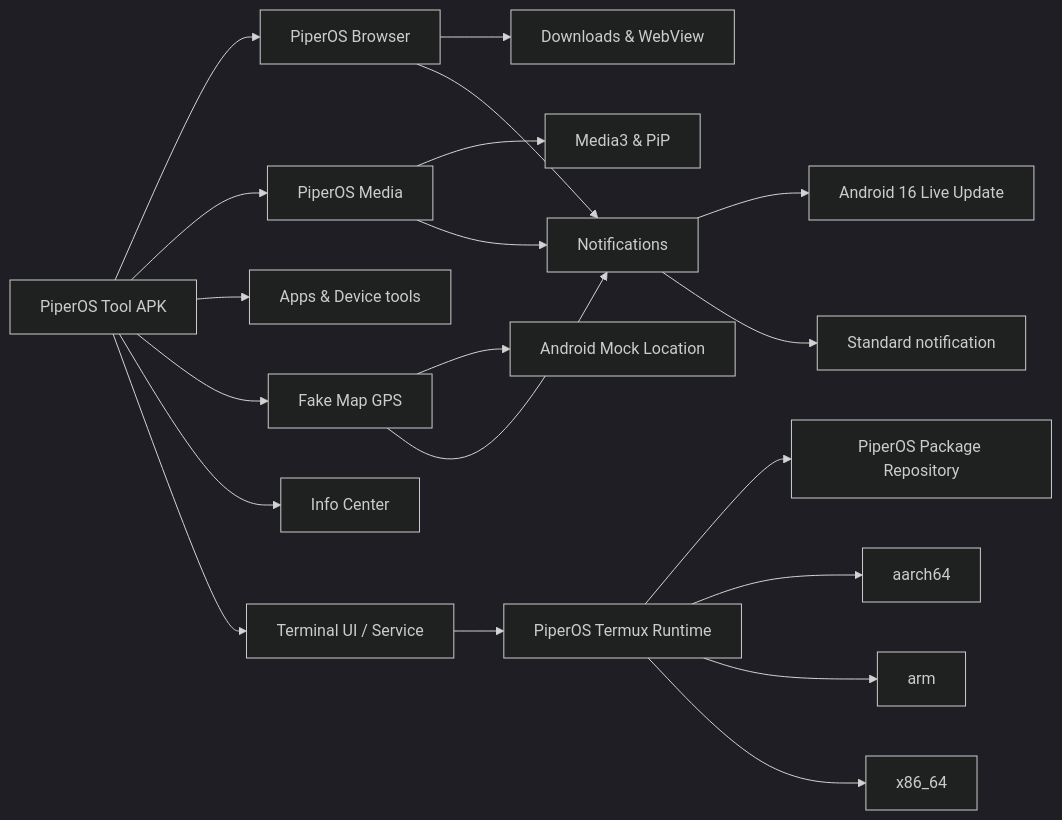
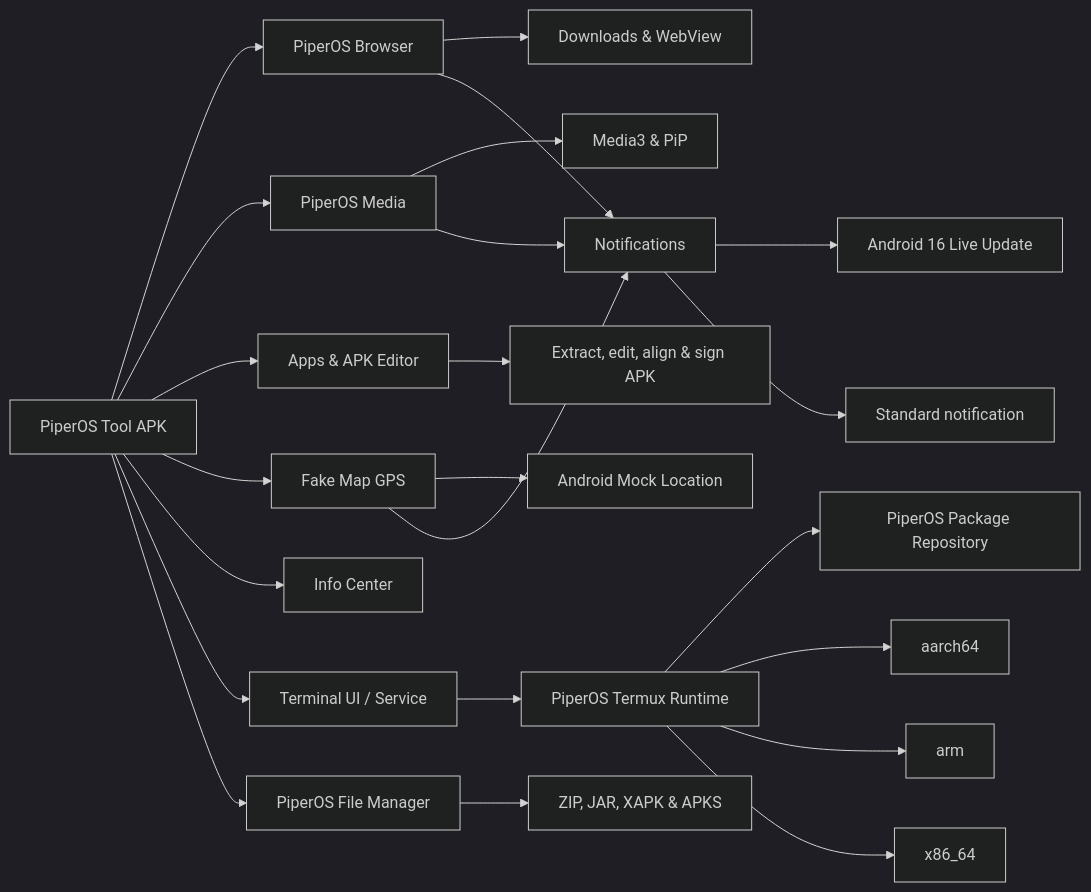
The diagram in README.md (Phi574/PiperOSTool-Android), drawn with Mermaid (dark theme) before and after one commit. The commit also changed other lines of this file and 24 other files, not shown here.

Commit message:
Add APK editor and file manager for 2.6.0 beta

````diff
--- a/README.md
+++ b/README.md
@@ -45,27 +55,30 @@
 ```mermaid
 flowchart LR
     A["PiperOS Tool APK"]
 
     A --> B["PiperOS Browser"]
     A --> C["PiperOS Media"]
-    A --> D["Apps & Device tools"]
+    A --> D["Apps & APK Editor"]
     A --> E["Fake Map GPS"]
     A --> F["Info Center"]
     A --> G["Terminal UI / Service"]
+    A --> S["PiperOS File Manager"]
 
     B --> H["Downloads & WebView"]
     C --> I["Media3 & PiP"]
     E --> J["Android Mock Location"]
+    D --> T["Extract, edit, align & sign APK"]
+    S --> U["ZIP, JAR, XAPK & APKS"]
 
     B --> K["Notifications"]
     C --> K
     E --> K
     K --> L["Android 16 Live Update"]
     K --> M["Standard notification"]
 
     G --> N["PiperOS Termux Runtime"]
     N --> O["PiperOS Package Repository"]
     N --> P["aarch64"]
     N --> Q["arm"]
     N --> R["x86_64"]
 ```
````
